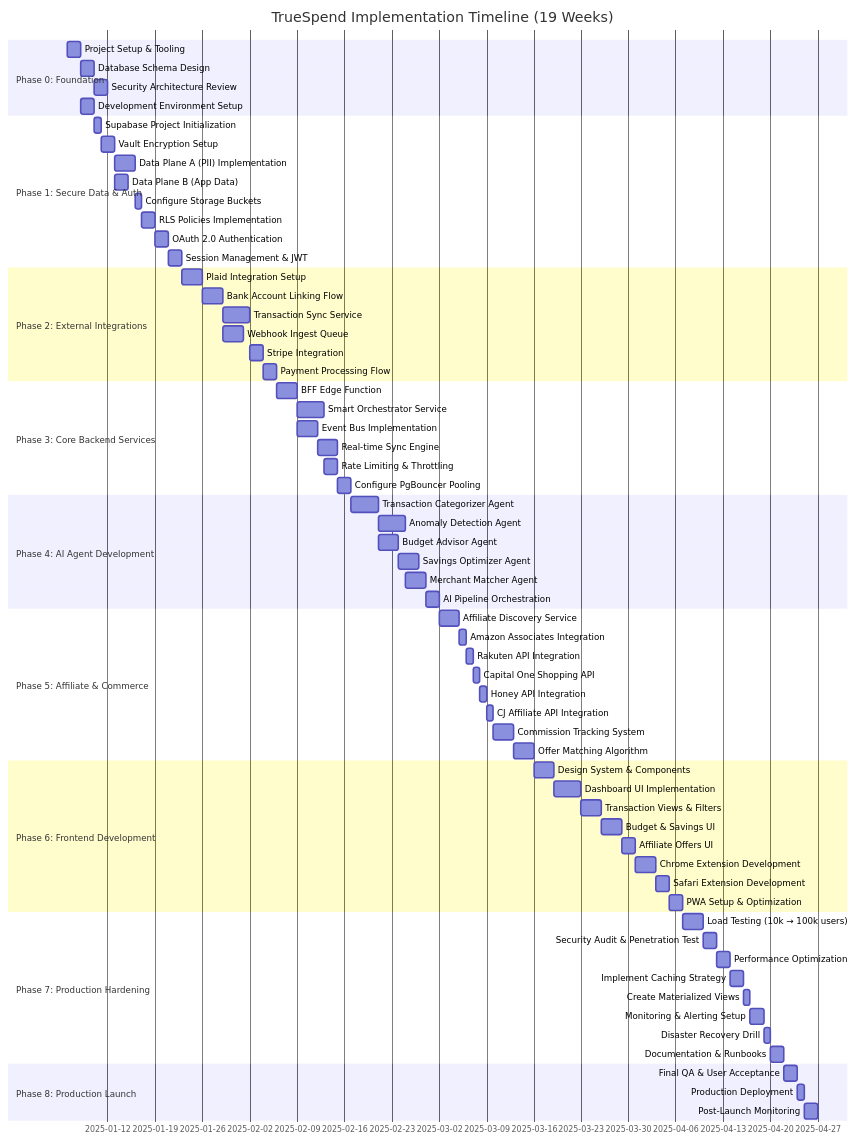
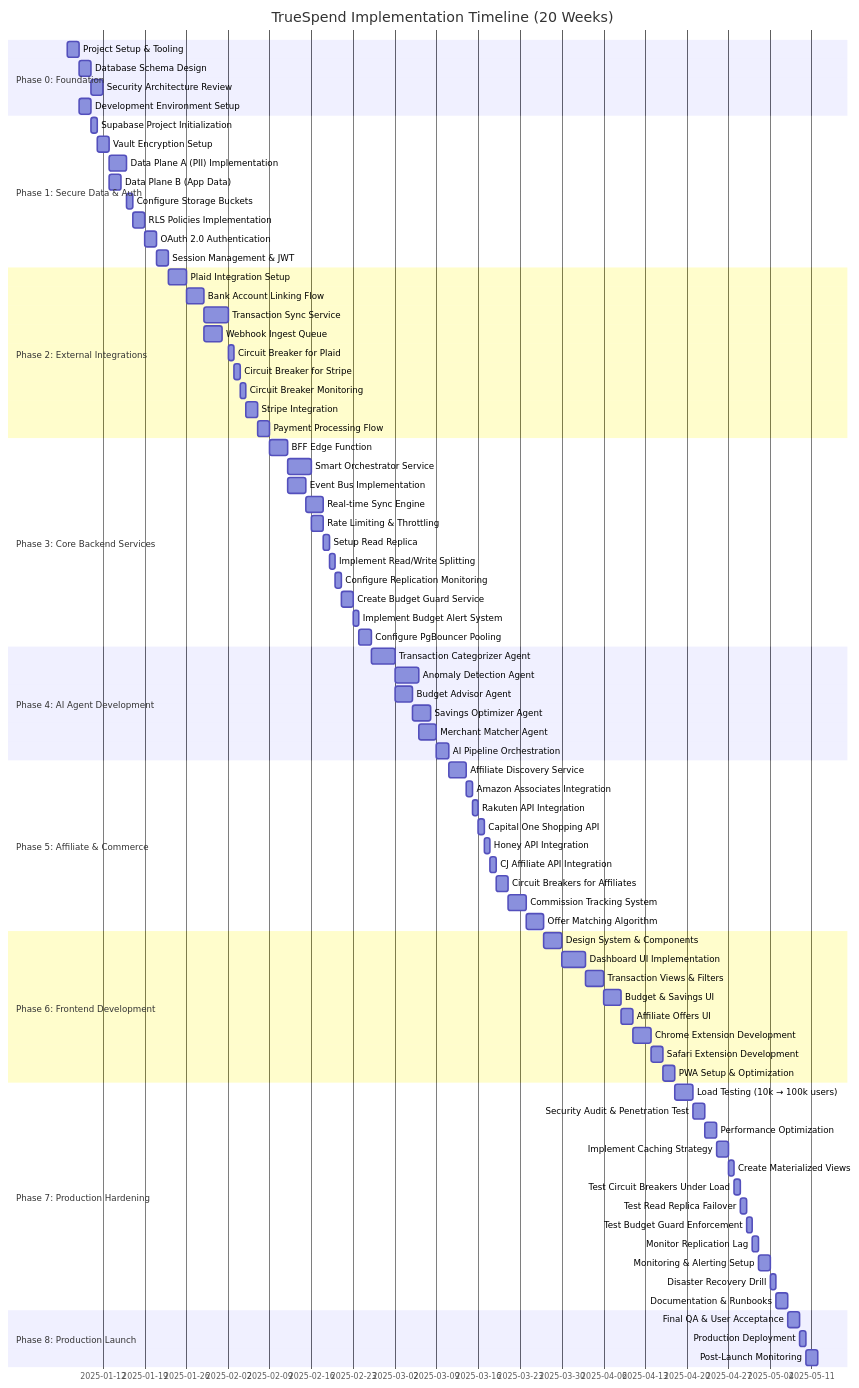
The first of 2 diagrams in docs/architecture/implementation-timeline-v2.0.md (dev-Truespend/true-spend-spark), drawn with Mermaid before and after one commit. The commit also changed other lines of this file and 1 other file, not shown here.

First line of the commit message:
Update documentation files

````diff
--- a/docs/architecture/implementation-timeline-v2.0.md
+++ b/docs/architecture/implementation-timeline-v2.0.md
@@ -35,6 +36,6 @@
 ```mermaid
 gantt
-    title TrueSpend Implementation Timeline (19 Weeks)
+    title TrueSpend Implementation Timeline (20 Weeks)
     dateFormat YYYY-MM-DD
     
     section Phase 0: Foundation
@@ -58,19 +59,27 @@
     Bank Account Linking Flow         :p2_2, after p2_1, 3d
     Transaction Sync Service          :p2_3, after p2_2, 4d
     Webhook Ingest Queue              :p2_4, after p2_2, 3d
-    Stripe Integration                :p2_5, after p2_3, 2d
-    Payment Processing Flow           :p2_6, after p2_5, 2d
+    Circuit Breaker for Plaid         :p2_5, after p2_3, 1d
+    Circuit Breaker for Stripe        :p2_6, after p2_5, 0.5d
+    Circuit Breaker Monitoring        :p2_7, after p2_6, 0.5d
+    Stripe Integration                :p2_8, after p2_7, 2d
+    Payment Processing Flow           :p2_9, after p2_8, 2d
     
     section Phase 3: Core Backend Services
-    BFF Edge Function                 :p3_1, after p2_6, 3d
+    BFF Edge Function                 :p3_1, after p2_9, 3d
     Smart Orchestrator Service        :p3_2, after p3_1, 4d
     Event Bus Implementation          :p3_3, after p3_1, 3d
     Real-time Sync Engine             :p3_4, after p3_3, 3d
     Rate Limiting & Throttling        :p3_5, after p3_2, 2d
-    Configure PgBouncer Pooling       :p3_6, after p3_4, 2d
+    Setup Read Replica                :p3_6, after p3_4, 1d
+    Implement Read/Write Splitting    :p3_7, after p3_6, 1d
+    Configure Replication Monitoring  :p3_8, after p3_7, 0.5d
+    Create Budget Guard Service       :p3_9, after p3_8, 2d
+    Implement Budget Alert System     :p3_10, after p3_9, 1d
+    Configure PgBouncer Pooling       :p3_11, after p3_10, 2d
     
     section Phase 4: AI Agent Development
-    Transaction Categorizer Agent     :p4_1, after p3_6, 4d
+    Transaction Categorizer Agent     :p4_1, after p3_11, 4d
     Anomaly Detection Agent           :p4_2, after p4_1, 4d
     Budget Advisor Agent              :p4_3, after p4_1, 3d
     Savings Optimizer Agent           :p4_4, after p4_3, 3d
@@ -84,11 +93,12 @@
     Capital One Shopping API          :p5_4, after p5_3, 1d
     Honey API Integration             :p5_5, after p5_4, 1d
     CJ Affiliate API Integration      :p5_6, after p5_5, 1d
-    Commission Tracking System        :p5_7, after p5_6, 3d
-    Offer Matching Algorithm          :p5_8, after p5_7, 3d
+    Circuit Breakers for Affiliates   :p5_7, after p5_6, 2d
+    Commission Tracking System        :p5_8, after p5_7, 3d
+    Offer Matching Algorithm          :p5_9, after p5_8, 3d
     
     section Phase 6: Frontend Development
-    Design System & Components        :p6_1, after p5_8, 3d
+    Design System & Components        :p6_1, after p5_9, 3d
     Dashboard UI Implementation       :p6_2, after p6_1, 4d
     Transaction Views & Filters       :p6_3, after p6_2, 3d
     Budget & Savings UI               :p6_4, after p6_3, 3d
@@ -103,12 +113,16 @@
     Performance Optimization          :p7_3, after p7_2, 2d
     Implement Caching Strategy        :p7_4, after p7_3, 2d
     Create Materialized Views         :p7_5, after p7_4, 1d
-    Monitoring & Alerting Setup       :p7_6, after p7_5, 2d
-    Disaster Recovery Drill           :p7_7, after p7_6, 1d
-    Documentation & Runbooks          :p7_8, after p7_7, 2d
+    Test Circuit Breakers Under Load  :p7_6, after p7_5, 1d
+    Test Read Replica Failover        :p7_7, after p7_6, 1d
+    Test Budget Guard Enforcement     :p7_8, after p7_7, 0.5d
+    Monitor Replication Lag           :p7_9, after p7_8, 0.5d
+    Monitoring & Alerting Setup       :p7_10, after p7_9, 2d
+    Disaster Recovery Drill           :p7_11, after p7_10, 1d
+    Documentation & Runbooks          :p7_12, after p7_11, 2d
     
     section Phase 8: Production Launch
-    Final QA & User Acceptance        :p8_1, after p7_8, 2d
+    Final QA & User Acceptance        :p8_1, after p7_12, 2d
     Production Deployment             :p8_2, after p8_1, 1d
     Post-Launch Monitoring            :p8_3, after p8_2, 2d
 ```
````
